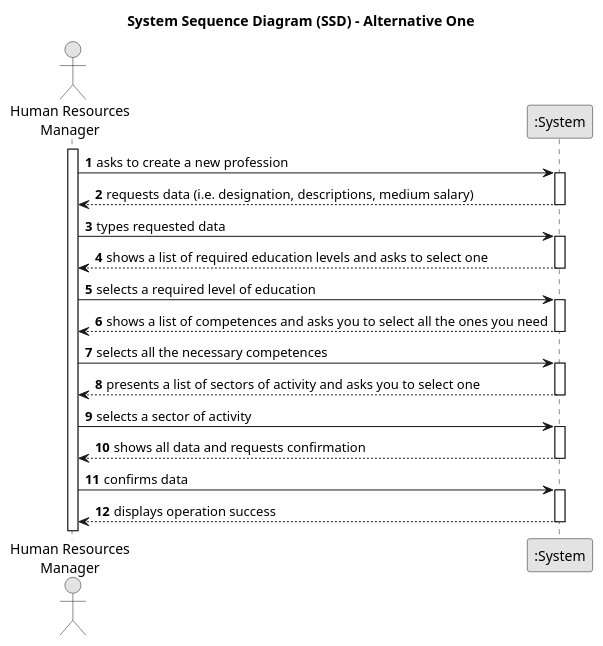
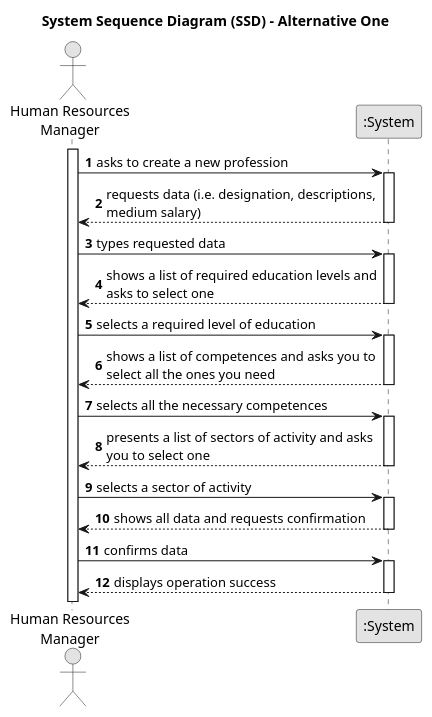
Before and after one commit to diogoveirospro/lei-24-s2-1dg-g072: the diagram in docs/sprintA/us002/01.requirements-engineering/puml/us002-system-sequence-diagram-alternative-one.puml, drawn with PlantUML. The commit also changed 20 other files, not shown here.

```diff
--- a/docs/sprintA/us002/01.requirements-engineering/puml/us002-system-sequence-diagram-alternative-one.puml
+++ b/docs/sprintA/us002/01.requirements-engineering/puml/us002-system-sequence-diagram-alternative-one.puml
@@ -1,51 +1,51 @@
 @startuml
 skinparam monochrome true
 skinparam packageStyle rectangle
 skinparam shadowing false
 
 title System Sequence Diagram (SSD) - Alternative One
 
 autonumber
 
 actor "Human Resources\nManager" as GRH
 participant ":System" as System
 
 activate GRH
 
     GRH -> System : asks to create a new profession
     activate System
 
-        System --> GRH : requests data (i.e. designation, descriptions, medium salary)
+        System --> GRH : requests data (i.e. designation, descriptions,\nmedium salary)
     deactivate System
 
     GRH -> System : types requested data
     activate System
 
-        System --> GRH : shows a list of required education levels and asks to select one
+        System --> GRH : shows a list of required education levels and\nasks to select one
     deactivate System
 
     GRH -> System : selects a required level of education
     activate System
 
-        System --> GRH : shows a list of competences and asks you to select all the ones you need
+        System --> GRH : shows a list of competences and asks you to\nselect all the ones you need
     deactivate System
 
     GRH -> System : selects all the necessary competences
     activate System
 
-        System --> GRH : presents a list of sectors of activity and asks you to select one
+        System --> GRH : presents a list of sectors of activity and asks\nyou to select one
     deactivate System
 
     GRH -> System : selects a sector of activity
     activate System
 
         System --> GRH : shows all data and requests confirmation
     deactivate System
 
     GRH -> System : confirms data
     activate System
 
         System --> GRH : displays operation success
     deactivate System
 
 @enduml
```
